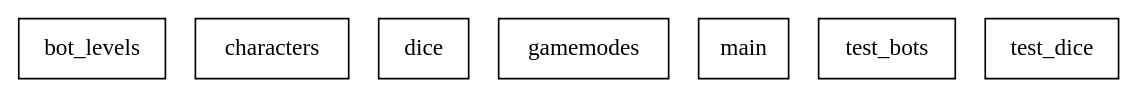
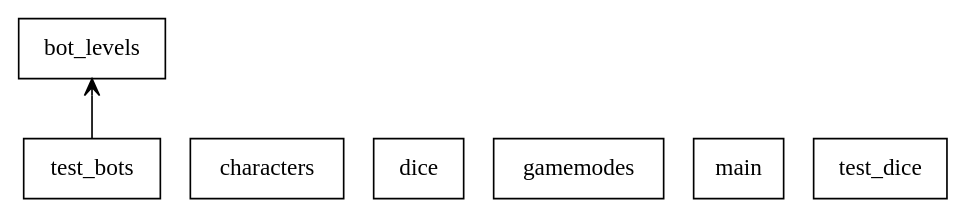
The diagram in pycode/packages.dot (Johann1993/project-Johias), drawn with Graphviz before and after one commit. The commit also changed 9 other files, not shown here.

```diff
--- a/pycode/packages.dot
+++ b/pycode/packages.dot
@@ -1,11 +1,12 @@
 digraph "packages" {
 rankdir=BT
 charset="utf-8"
 "bot_levels" [color="black", label="bot_levels", shape="box", style="solid"];
 "characters" [color="black", label="characters", shape="box", style="solid"];
 "dice" [color="black", label="dice", shape="box", style="solid"];
 "gamemodes" [color="black", label="gamemodes", shape="box", style="solid"];
 "main" [color="black", label="main", shape="box", style="solid"];
 "test_bots" [color="black", label="test_bots", shape="box", style="solid"];
 "test_dice" [color="black", label="test_dice", shape="box", style="solid"];
+"test_bots" -> "bot_levels" [arrowhead="open", arrowtail="none"];
 }
```
